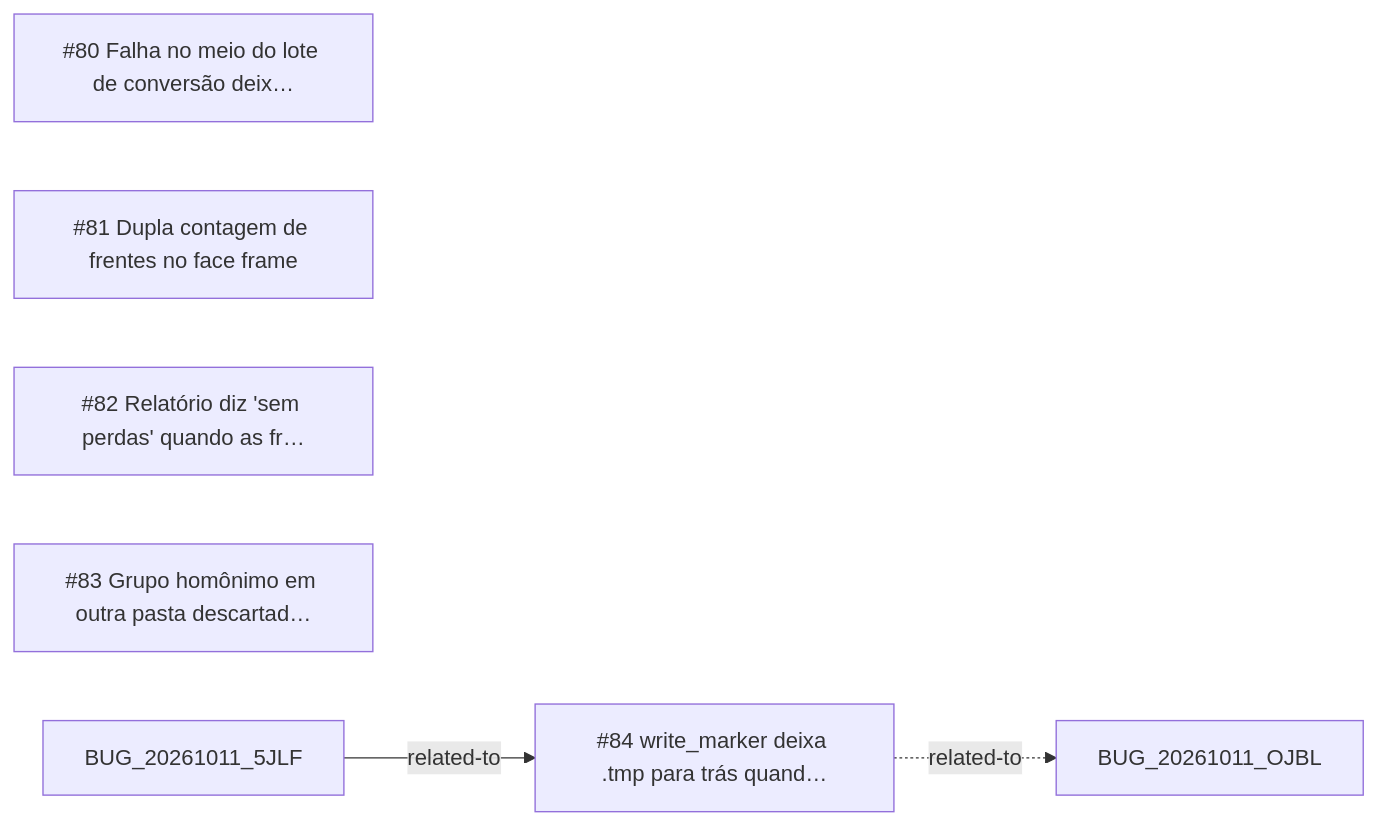
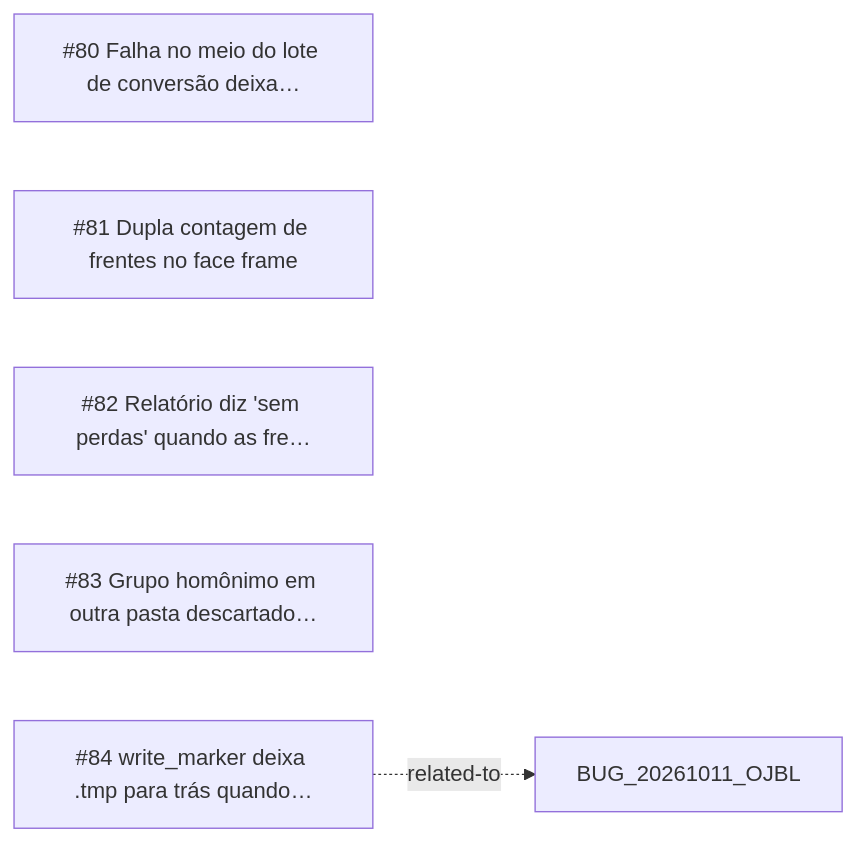
The diagram in _reversa_bugs/legacy/generated/graph.md (CAFFDIGITALPLATFORM/caffmob_draw), drawn with Mermaid before and after one commit. The commit also changed other lines of this file and 220 other files, not shown here.

````diff
--- a/_reversa_bugs/legacy/generated/graph.md
+++ b/_reversa_bugs/legacy/generated/graph.md
@@ -5,10 +5,9 @@
 ```mermaid
 graph LR
-  BUG_20261011_5NLX["#80 Falha no meio do lote de conversão deix…"]
+  BUG_20261011_5NLX["#80 Falha no meio do lote de conversão deixa…"]
   BUG_20261011_NTM3["#81 Dupla contagem de frentes no face frame"]
-  BUG_20261011_HUWF["#82 Relatório diz 'sem perdas' quando as fr…"]
-  BUG_20261011_ORRG["#83 Grupo homônimo em outra pasta descartad…"]
-  BUG_20261011_SWAD["#84 write_marker deixa .tmp para trás quand…"]
+  BUG_20261011_HUWF["#82 Relatório diz 'sem perdas' quando as fre…"]
+  BUG_20261011_ORRG["#83 Grupo homônimo em outra pasta descartado…"]
+  BUG_20261011_SWAD["#84 write_marker deixa .tmp para trás quando…"]
   BUG_20261011_SWAD -.->|related-to| BUG_20261011_OJBL
-  BUG_20261011_5JLF -->|related-to| BUG_20261011_SWAD
 ```
````
